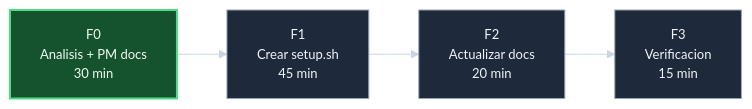
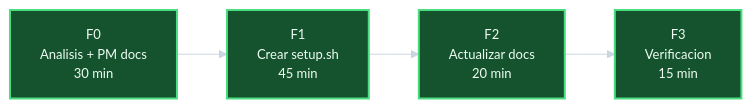
One commit to jcg-admin/template-ecommerce-server changed the diagram in docs/pm/iniciativas/crear-setup-sh/plan-crear-setup-sh.md. Above: the diagram before and after it, drawn with Mermaid. The commit also changed 2 other files, not shown here.

Commit message:
Close initiative crear-setup-sh (F3)
Tests: 73 PASS / 0 FAIL / 1 SKIP (baseline +1 from setup.sh).
Links: 98 OK, 1 known false positive.

Deliverables:
  scripts/setup.sh: 340 lines, 2 phases, 4 flags, 5 guards
  README.md: 3 setup flows documented
  docs/operaciones.md: setup.sh as primary entry point
  docs/arquitectura.md: two-phase sequence diagram

indice-de-iniciativas.md updated: crear-setup-sh -> Cerrada.

````diff
--- a/docs/pm/iniciativas/crear-setup-sh/plan-crear-setup-sh.md
+++ b/docs/pm/iniciativas/crear-setup-sh/plan-crear-setup-sh.md
@@ -18,25 +18,25 @@
 ```mermaid
 %%{init: {'theme':'base', 'themeVariables': {
   'background': '#0f172a',
   'primaryColor': '#1e293b',
   'primaryTextColor': '#f1f5f9',
   'primaryBorderColor': '#94a3b8',
   'lineColor': '#cbd5e1',
   'fontSize': '13px'
 }}}%%
 flowchart LR
     f0["F0\nAnalisis + PM docs\n30 min"]
     f1["F1\nCrear setup.sh\n45 min"]
     f2["F2\nActualizar docs\n20 min"]
     f3["F3\nVerificacion\n15 min"]
 
     f0 --> f1
     f1 --> f2
     f2 --> f3
 
     classDef done fill:#14532d,stroke:#4ade80,stroke-width:2px,color:#f0fdf4
     classDef pending fill:#1e293b,stroke:#94a3b8,stroke-width:1px,color:#f1f5f9
 
     class f0 done
-    class f1,f2,f3 pending
+    class f1,f2,f3 done
 ```
````
